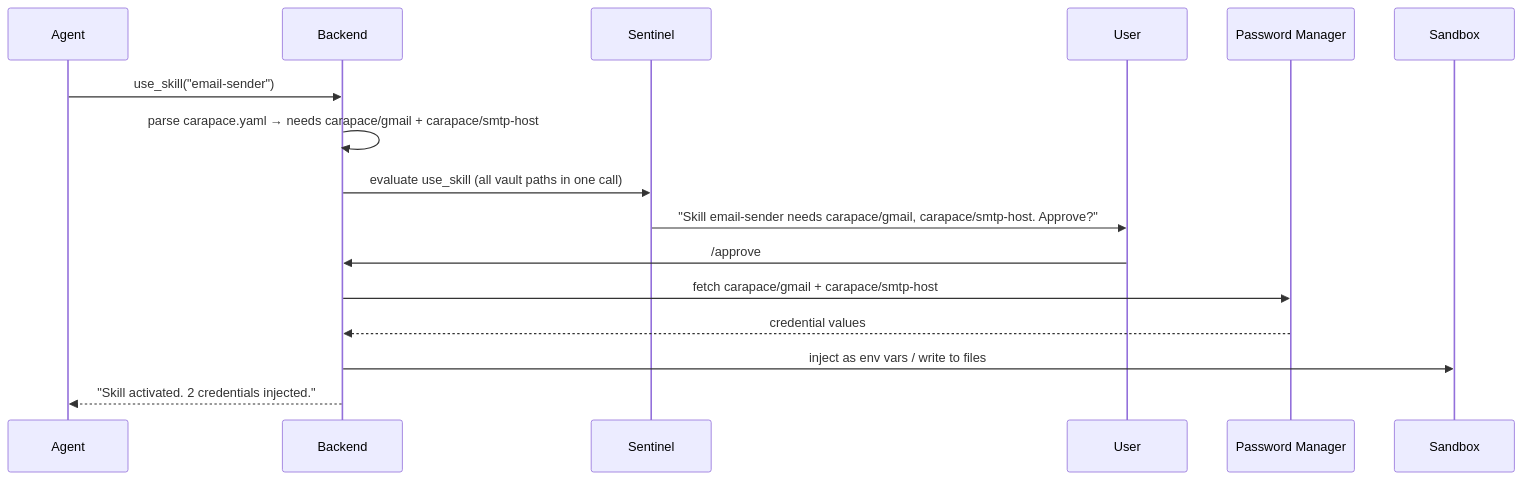
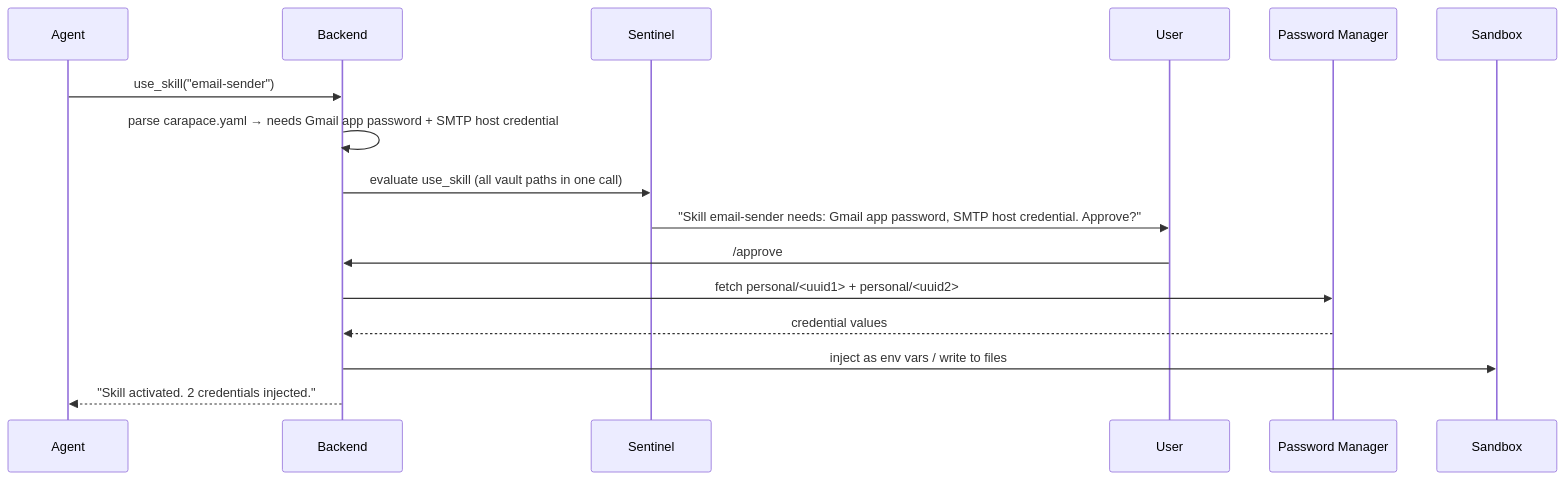
Before and after one commit to thiesgerken/carapace: the first of 2 diagrams in docs/plans/credentials.md, drawn with Mermaid. The commit also changed other lines of this file, not shown here.

Commit message:
work on credential plan

````diff
--- a/docs/plans/credentials.md
+++ b/docs/plans/credentials.md
@@ -98,20 +96,20 @@
 ```mermaid
 sequenceDiagram
     participant Agent
     participant Backend
     participant Sentinel
     participant User
     participant Vault as Password Manager
     participant Sandbox
 
     Agent->>Backend: use_skill("email-sender")
-    Backend->>Backend: parse carapace.yaml → needs carapace/gmail + carapace/smtp-host
+    Backend->>Backend: parse carapace.yaml → needs Gmail app password + SMTP host credential
     Backend->>Sentinel: evaluate use_skill (all vault paths in one call)
-    Sentinel->>User: "Skill email-sender needs carapace/gmail, carapace/smtp-host. Approve?"
+    Sentinel->>User: "Skill email-sender needs: Gmail app password, SMTP host credential. Approve?"
     User->>Backend: /approve
 
-    Backend->>Vault: fetch carapace/gmail + carapace/smtp-host
+    Backend->>Vault: fetch personal/<uuid1> + personal/<uuid2>
     Vault-->>Backend: credential values
     Backend->>Sandbox: inject as env vars / write to files
     Backend-->>Agent: "Skill activated. 2 credentials injected."
 ```
````
